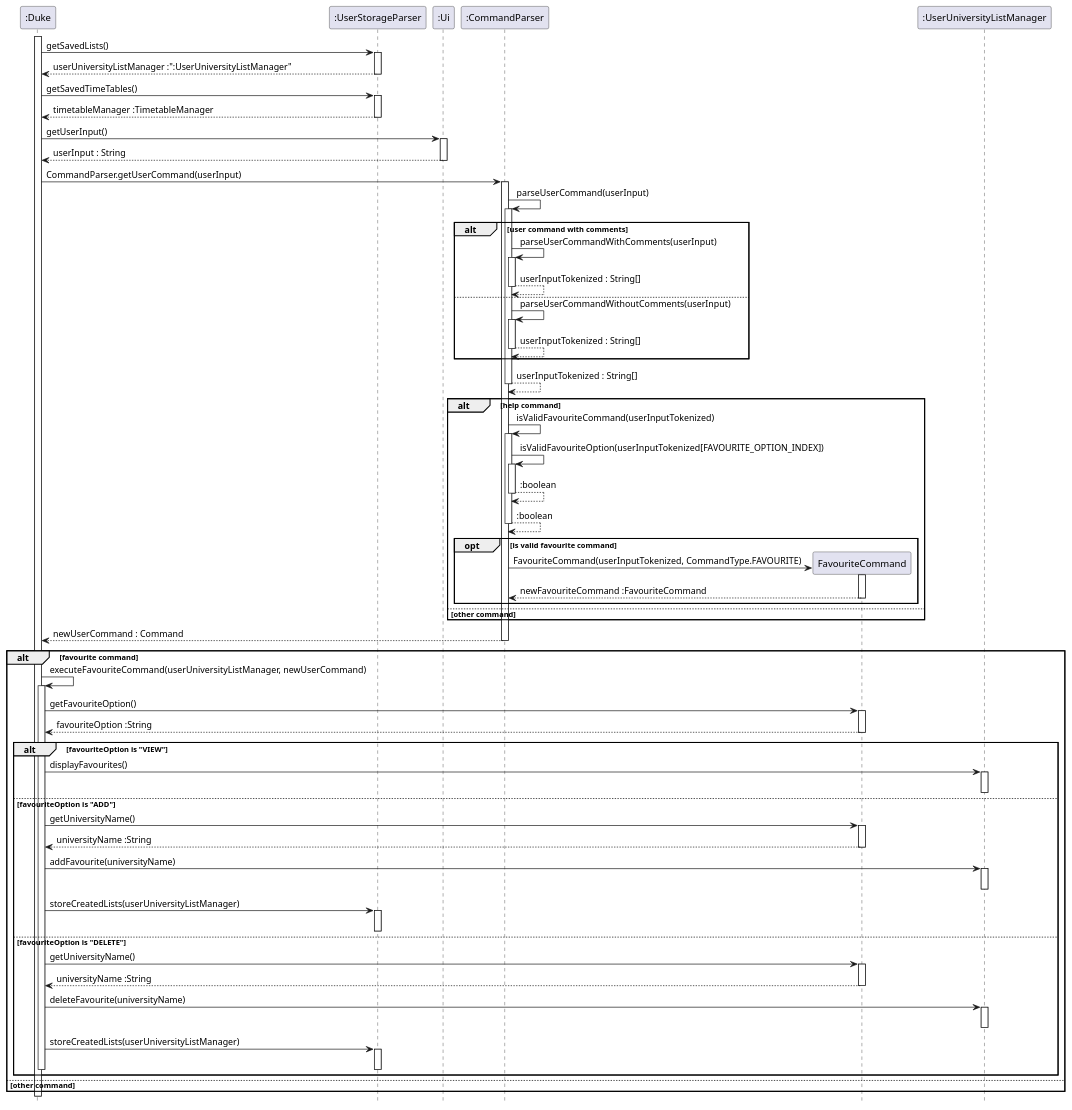
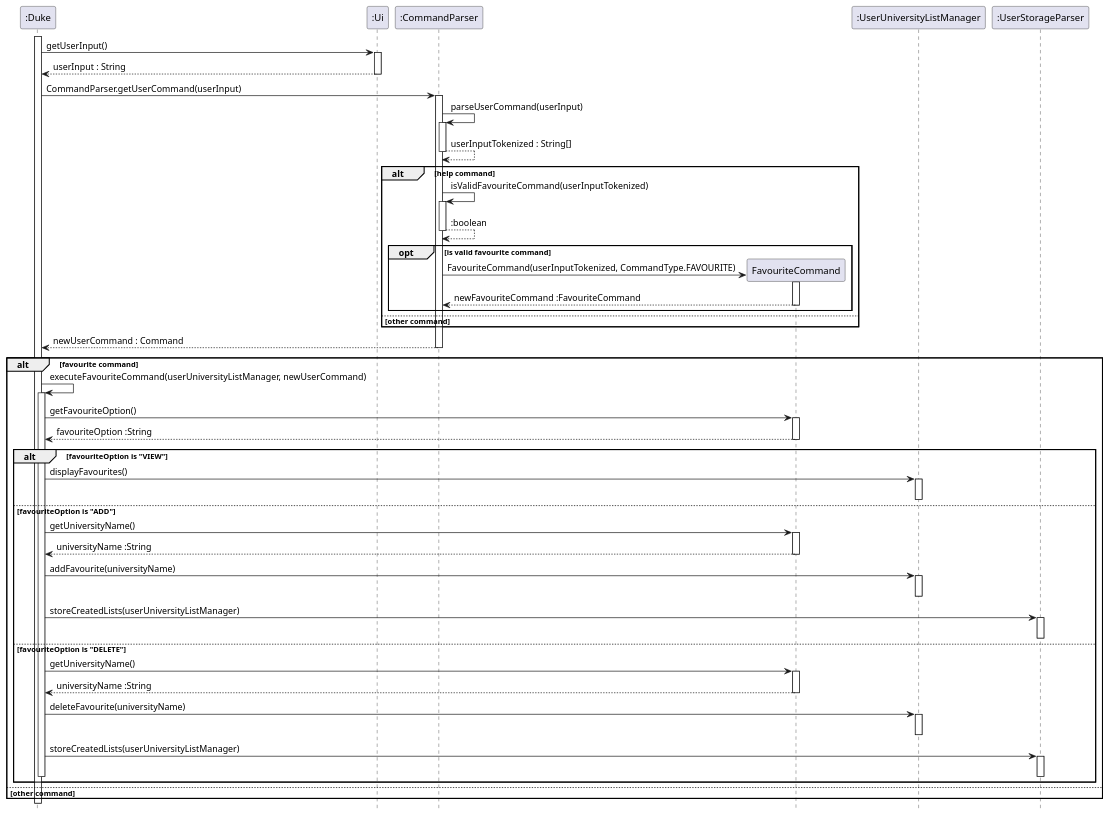
Before and after one commit to nus-cs2113-AY2223S1/tp: the diagram in docs/diagrams/FavouriteCommand_Sequence.puml, drawn with PlantUML. The commit also changed 17 other files, not shown here.

Commit message:
Update Sequence Diagrams

```diff
--- a/docs/diagrams/FavouriteCommand_Sequence.puml
+++ b/docs/diagrams/FavouriteCommand_Sequence.puml
@@ -1,130 +1,97 @@
 @startuml
 hide footbox
 
 activate ":Duke"
-
-":Duke" -> ":UserStorageParser" : getSavedLists()
-activate ":UserStorageParser"
-
-":UserStorageParser" --> ":Duke" : userUniversityListManager :":UserUniversityListManager"
-deactivate ":UserStorageParser"
-
-":Duke" -> ":UserStorageParser" : getSavedTimeTables()
-activate ":UserStorageParser"
-
-":UserStorageParser" --> ":Duke" : timetableManager :TimetableManager
-deactivate ":UserStorageParser"
 
 ":Duke" -> ":Ui" : getUserInput()
 activate ":Ui"
 
 ":Ui" --> ":Duke" : userInput : String
 deactivate ":Ui"
 
 ":Duke" -> ":CommandParser" : CommandParser.getUserCommand(userInput)
 activate ":CommandParser"
 
 ":CommandParser" -> ":CommandParser" : parseUserCommand(userInput)
 activate ":CommandParser"
 
-alt user command with comments
-    ":CommandParser" -> ":CommandParser" : parseUserCommandWithComments(userInput)
-    activate ":CommandParser"
-
-    ":CommandParser" --> ":CommandParser" : userInputTokenized : String[]
-    deactivate ":CommandParser"
-
-else
-    ":CommandParser" -> ":CommandParser" : parseUserCommandWithoutComments(userInput)
-    activate ":CommandParser"
-
-    ":CommandParser" --> ":CommandParser" : userInputTokenized : String[]
-    deactivate ":CommandParser"
-end
-
 ":CommandParser" --> ":CommandParser" : userInputTokenized : String[]
 deactivate ":CommandParser"
 
 alt help command
 
     ":CommandParser" -> ":CommandParser" : isValidFavouriteCommand(userInputTokenized)
     activate ":CommandParser"
-
-    ":CommandParser" -> ":CommandParser" : isValidFavouriteOption(userInputTokenized[FAVOURITE_OPTION_INDEX])
-    activate ":CommandParser"
-
-    ":CommandParser" --> ":CommandParser" : :boolean
-    deactivate ":CommandParser"
 
     ":CommandParser" --> ":CommandParser" : :boolean
     deactivate ":CommandParser"
 
     opt is valid favourite command
 
         create FavouriteCommand
         ":CommandParser" -> FavouriteCommand : FavouriteCommand(userInputTokenized, CommandType.FAVOURITE)
         activate FavouriteCommand
 
         FavouriteCommand --> ":CommandParser" : newFavouriteCommand :FavouriteCommand
         deactivate FavouriteCommand
     end
 
 else other command
 
 end
 
 ":CommandParser" --> ":Duke" : newUserCommand : Command
 deactivate ":CommandParser"
 
 alt favourite command
 
 ":Duke" -> ":Duke" : executeFavouriteCommand(userUniversityListManager, newUserCommand)
 activate ":Duke"
 
 ":Duke" -> FavouriteCommand : getFavouriteOption()
 activate FavouriteCommand
 
 FavouriteCommand --> ":Duke" : favouriteOption :String
 deactivate FavouriteCommand
 
 alt favouriteOption is "VIEW"
 ":Duke" -> ":UserUniversityListManager" : displayFavourites()
 activate ":UserUniversityListManager"
 
 deactivate ":UserUniversityListManager"
 else favouriteOption is "ADD"
 ":Duke" -> FavouriteCommand : getUniversityName()
 activate FavouriteCommand
 
 FavouriteCommand --> ":Duke" : universityName :String
 deactivate FavouriteCommand
 ":Duke" -> ":UserUniversityListManager" : addFavourite(universityName)
 activate ":UserUniversityListManager"
 
 deactivate ":UserUniversityListManager"
 ":Duke" -> ":UserStorageParser" : storeCreatedLists(userUniversityListManager)
 activate ":UserStorageParser"
 
 deactivate ":UserStorageParser"
 else favouriteOption is "DELETE"
 ":Duke" -> FavouriteCommand : getUniversityName()
 activate FavouriteCommand
 
 FavouriteCommand --> ":Duke" : universityName :String
 deactivate FavouriteCommand
 ":Duke" -> ":UserUniversityListManager" : deleteFavourite(universityName)
 activate ":UserUniversityListManager"
 
 deactivate ":UserUniversityListManager"
 ":Duke" -> ":UserStorageParser" : storeCreatedLists(userUniversityListManager)
 activate ":UserStorageParser"
 
 deactivate ":UserStorageParser"
 
 deactivate ":Duke"
 end
 else other command
 end
 deactivate ":Duke"
 
 @enduml
```
